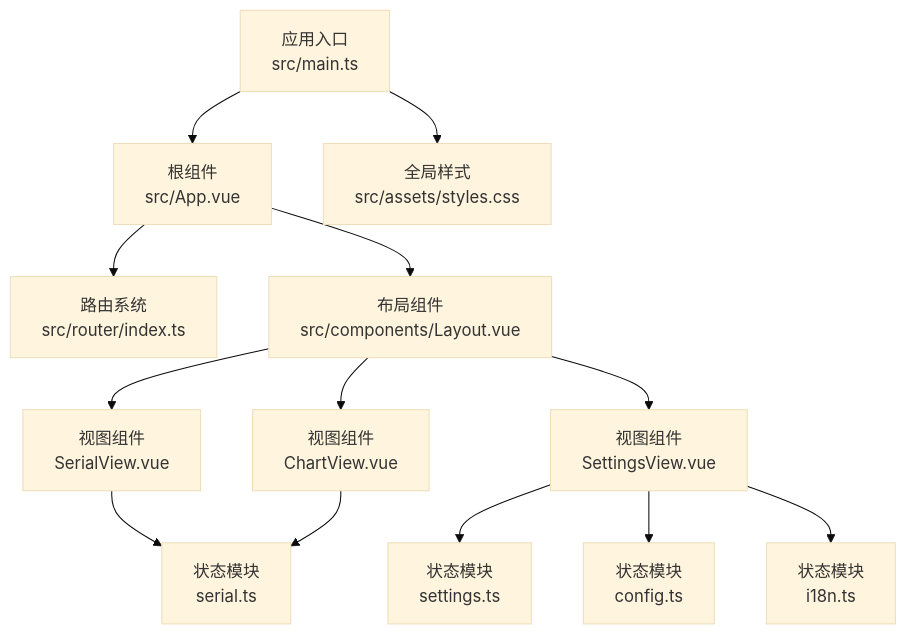
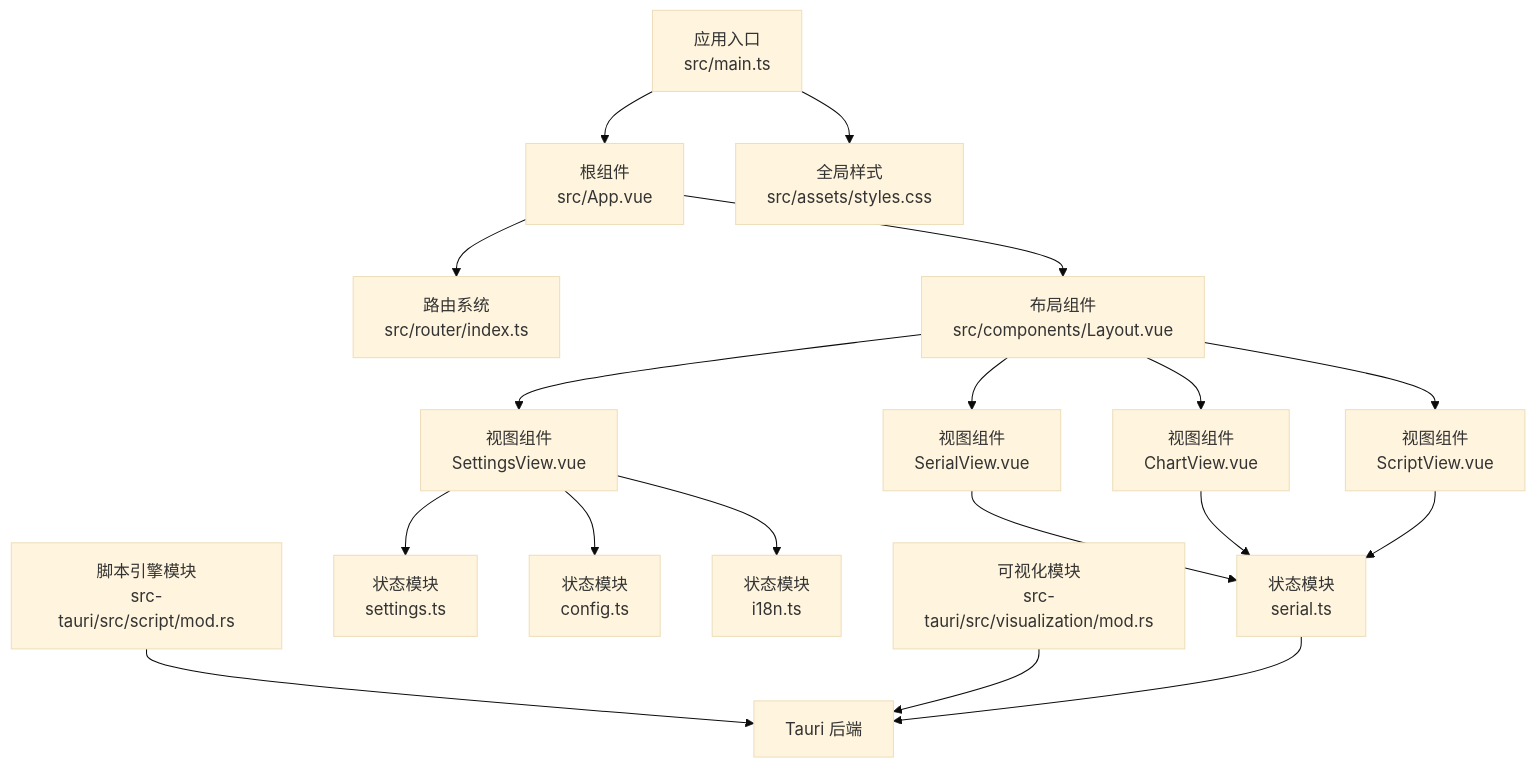
The first of 9 diagrams in .qoder/repowiki/zh/content/架构设计/前端架构设计/前端架构设计.md (elabdlut/KonSerial), drawn with Mermaid (base theme) before and after one commit. The commit also changed other lines of this file and 20 other files, not shown here.

````diff
--- a/.qoder/repowiki/zh/content/架构设计/前端架构设计/前端架构设计.md
+++ b/.qoder/repowiki/zh/content/架构设计/前端架构设计/前端架构设计.md
@@ -49,15 +65,20 @@
 ```mermaid
 graph TB
 A["应用入口<br/>src/main.ts"] --> B["根组件<br/>src/App.vue"]
 B --> C["路由系统<br/>src/router/index.ts"]
 B --> D["布局组件<br/>src/components/Layout.vue"]
 D --> E["视图组件<br/>SerialView.vue"]
 D --> F["视图组件<br/>ChartView.vue"]
-D --> G["视图组件<br/>SettingsView.vue"]
-E --> H["状态模块<br/>serial.ts"]
-F --> H
-G --> I["状态模块<br/>settings.ts"]
-G --> J["状态模块<br/>config.ts"]
-G --> K["状态模块<br/>i18n.ts"]
-A --> L["全局样式<br/>src/assets/styles.css"]
+D --> G["视图组件<br/>ScriptView.vue"]
+D --> H["视图组件<br/>SettingsView.vue"]
+E --> I["状态模块<br/>serial.ts"]
+F --> I
+G --> I
+H --> J["状态模块<br/>settings.ts"]
+H --> K["状态模块<br/>config.ts"]
+H --> L["状态模块<br/>i18n.ts"]
+A --> M["全局样式<br/>src/assets/styles.css"]
+N["脚本引擎模块<br/>src-tauri/src/script/mod.rs"] --> O["Tauri 后端"]
+P["可视化模块<br/>src-tauri/src/visualization/mod.rs"] --> O
+I --> O
 ```
````
